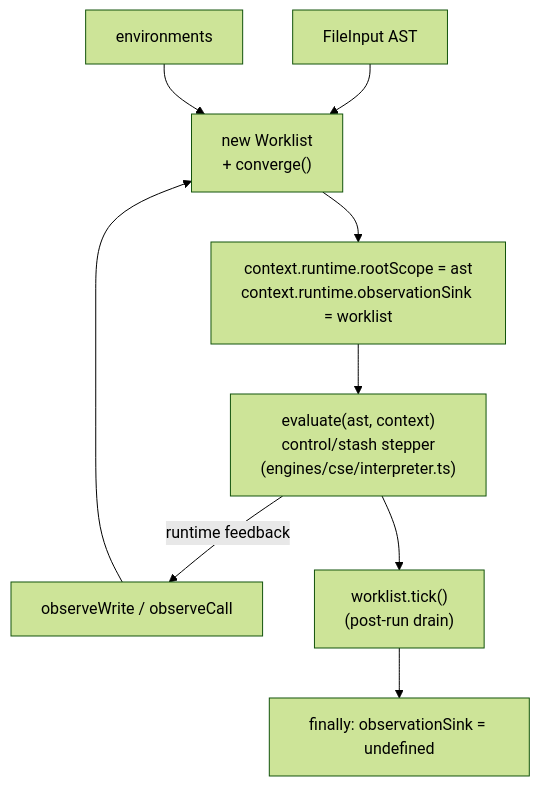
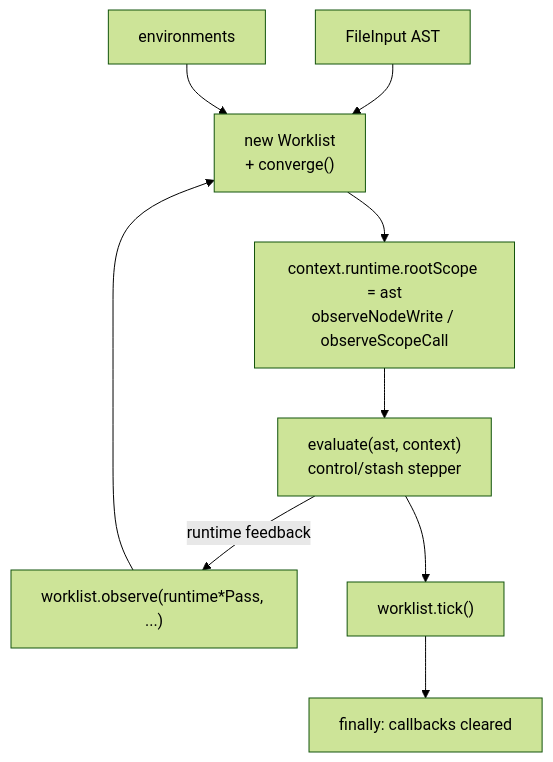
One commit to loyaltypollution/py-slang changed the fifth of 6 diagrams in docs/compilation-flow.md. Above: the diagram before and after it, drawn with Mermaid (forest theme). The commit also changed other lines of this file and 48 other files, not shown here.

````diff
--- a/docs/compilation-flow.md
+++ b/docs/compilation-flow.md
@@ -338,17 +302,17 @@
 ```mermaid
 flowchart TB
     AST["FileInput AST"]
     ENV["environments"]
     WL["new Worklist<br/>+ converge()"]
-    WIRE["context.runtime.rootScope = ast<br/>context.runtime.observationSink = worklist"]
-    EXEC["evaluate(ast, context)<br/>control/stash stepper<br/>(engines/cse/interpreter.ts)"]
-    OBS["observeWrite / observeCall"]
-    TICK["worklist.tick()<br/>(post-run drain)"]
-    FIN["finally: observationSink = undefined"]
+    WIRE["context.runtime.rootScope = ast<br/>observeNodeWrite / observeScopeCall"]
+    EXEC["evaluate(ast, context)<br/>control/stash stepper"]
+    OBS["worklist.observe(runtime*Pass, ...)"]
+    TICK["worklist.tick()"]
+    FIN["finally: callbacks cleared"]
 
     AST --> WL
     ENV --> WL
     WL --> WIRE --> EXEC
     EXEC -- "runtime feedback" --> OBS --> WL
     EXEC --> TICK --> FIN
 ```
````
